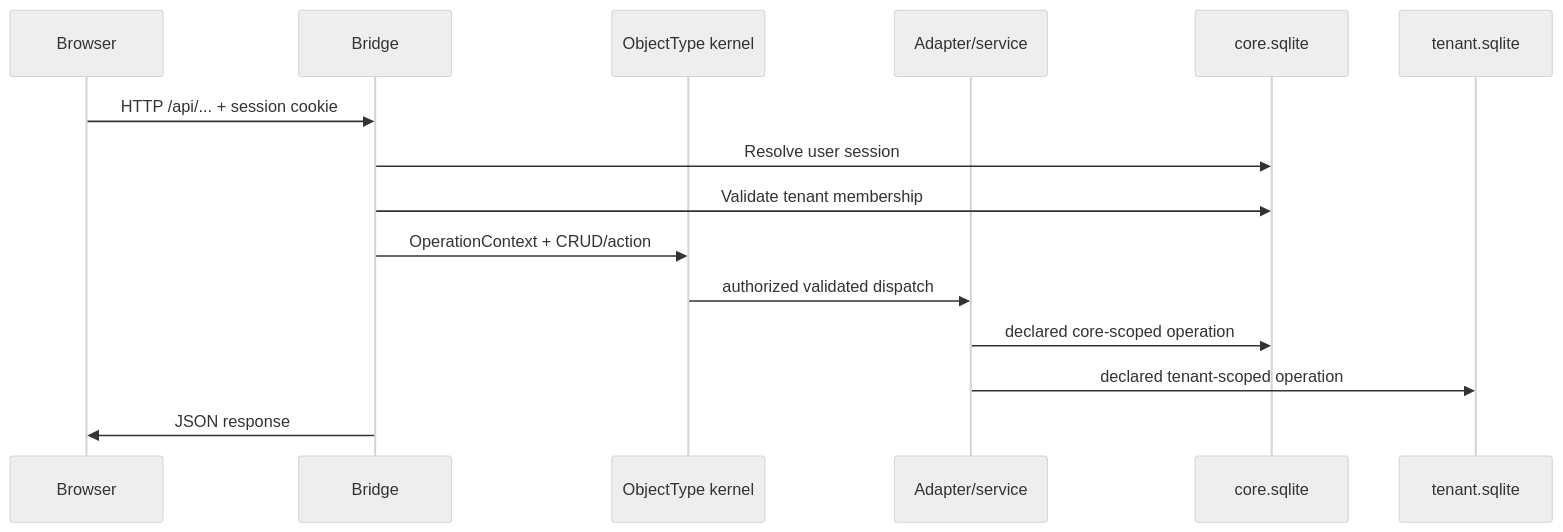
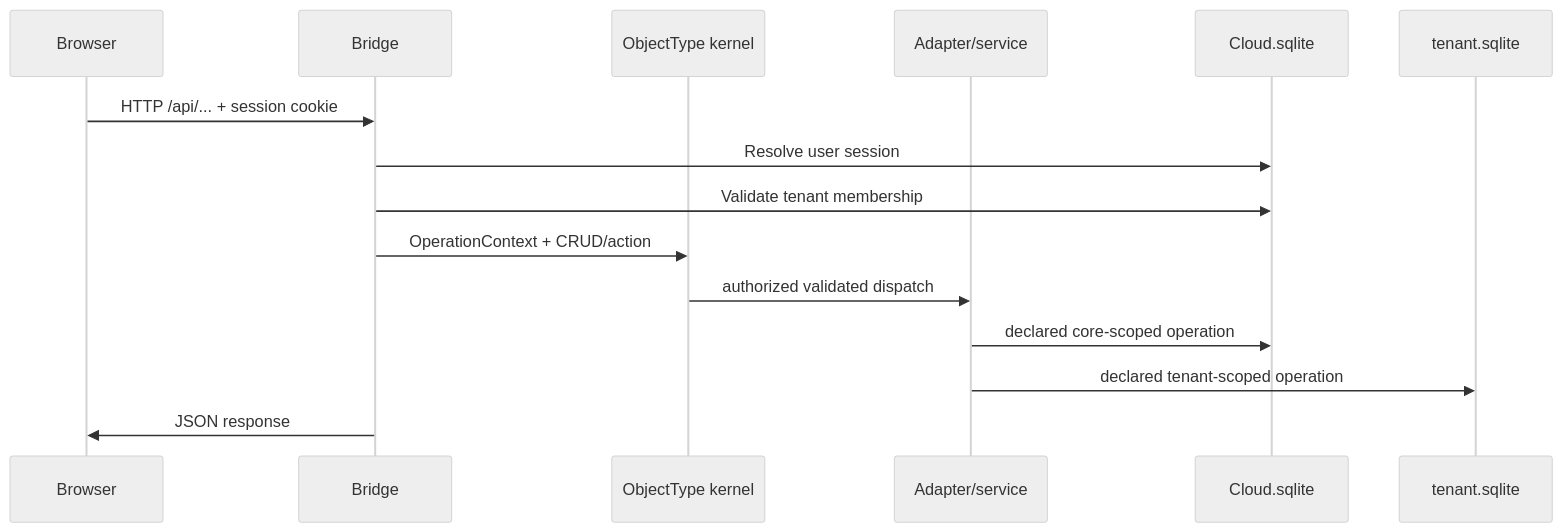
The third of 4 diagrams in docs/architecture.md (ReBoticsAI/GodMode), drawn with Mermaid (neutral theme) before and after one commit. The commit also changed other lines of this file and 48 other files, not shown here.

First line of the commit message:
Live rename Cloud DB to Cloud.sqlite and restore Platform Vault label.

````diff
--- a/docs/architecture.md
+++ b/docs/architecture.md
@@ -109,18 +109,18 @@
 ```mermaid
 sequenceDiagram
   participant Browser
   participant Bridge
   participant Kernel as ObjectType kernel
   participant Service as Adapter/service
-  participant CoreDb as core.sqlite
+  participant CoreDb as Cloud.sqlite
   participant TenantDb as tenant.sqlite
 
   Browser->>Bridge: HTTP /api/... + session cookie
   Bridge->>CoreDb: Resolve user session
   Bridge->>CoreDb: Validate tenant membership
   Bridge->>Kernel: OperationContext + CRUD/action
   Kernel->>Service: authorized validated dispatch
   Service->>CoreDb: declared core-scoped operation
   Service->>TenantDb: declared tenant-scoped operation
   Bridge->>Browser: JSON response
 ```
````
